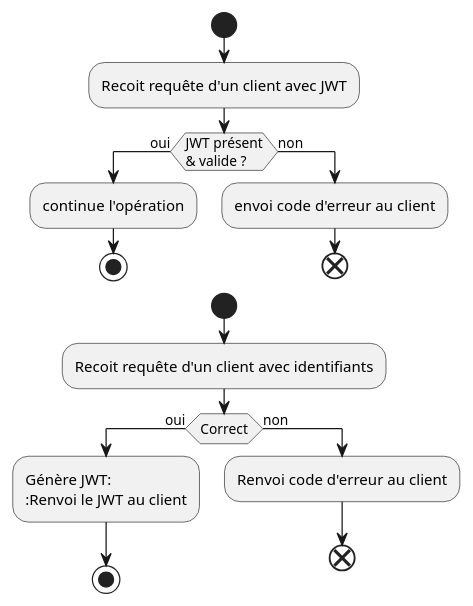
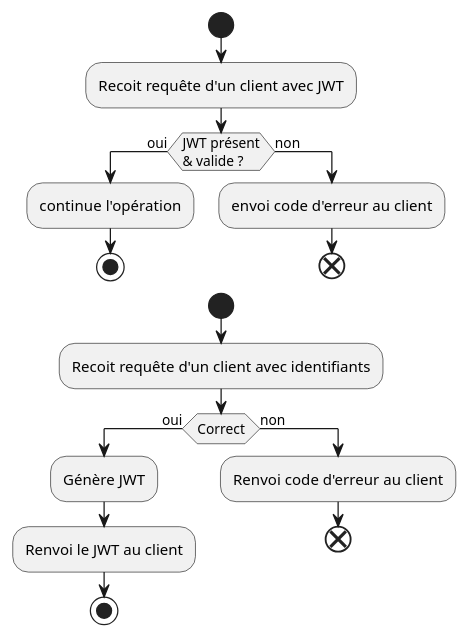
The diagram in AA2/Backend/auth_activity.plantuml (FocusCompany/Documents), drawn with PlantUML before and after one commit.

Commit message:
Fix wrong syntax on auth_activity

```diff
--- a/AA2/Backend/auth_activity.plantuml
+++ b/AA2/Backend/auth_activity.plantuml
@@ -1,28 +1,28 @@
 @startuml
 start
 
 :Recoit requête d'un client avec JWT;
 
 if (JWT présent\n& valide ?) then (oui)
   :continue l'opération;
   stop
 else (non)
   :envoi code d'erreur au client;
   end
 endif
 
 
 ' JWT creation
 
 start
 
 :Recoit requête d'un client avec identifiants;
 
 if (Correct) then (oui)
-  :Génère JWT:
+  :Génère JWT;
   :Renvoi le JWT au client;
   stop
 else (non)
   :Renvoi code d'erreur au client;
   end
 @enduml
```
